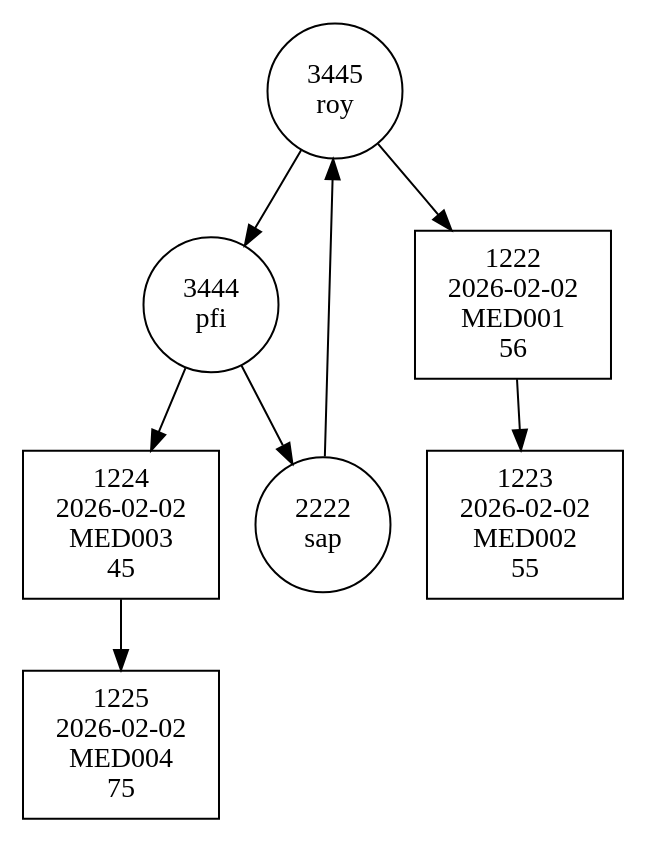
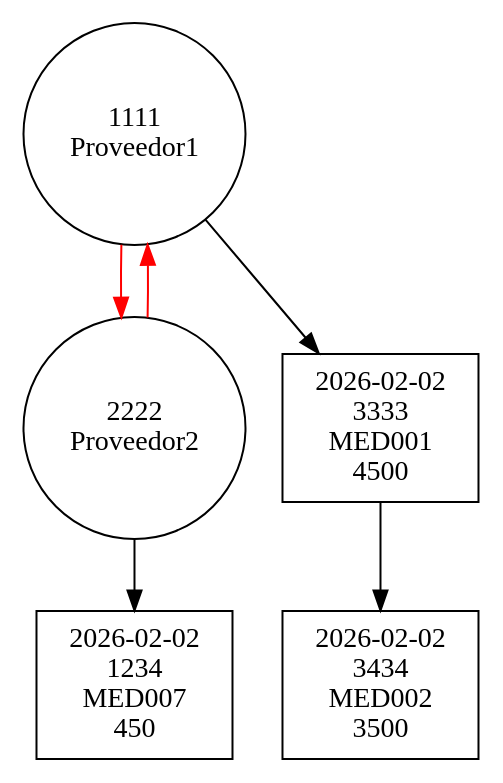
Before and after one commit to RONY36606/EDD_1S2026_PY_-202307793_FASE1-2-3: the diagram in graficos/listaCircularSimple.dot, drawn with Graphviz. The commit also changed 14 other files, not shown here.

```diff
--- a/graficos/listaCircularSimple.dot
+++ b/graficos/listaCircularSimple.dot
@@ -1,151 +1,115 @@
 digraph test {
 
-	graph [bb="0,0,255,390.81",
+	graph [bb="0,0,207.83,367.32",
 
 		ratio=fill
 
 	];
 
 	node [label="\N"];
 
 	node1	[color=black,
 
 		fillcolor=white,
 
 		fontcolor=black,
 
-		height=0.8446,
+		height=1.537,
 
-		label="3445\nroy",
+		label="1111\nProveedor1",
 
-		pos="132.5,360.41",
+		pos="55.331,311.99",
 
 		shape=circle,
 
 		style=filled,
 
-		width=0.8446];
+		width=1.537];
 
 	node2	[color=black,
 
 		fillcolor=white,
 
 		fontcolor=black,
 
-		height=0.8446,
+		height=1.537,
 
-		label="3444\npfi",
+		label="2222\nProveedor2",
 
-		pos="74.5,257",
+		pos="55.331,165.33",
 
 		shape=circle,
 
 		style=filled,
 
-		width=0.8446];
+		width=1.537];
 
-	node1 -> node2	[pos="e,89.259,283.8 117.71,333.55 110.76,321.4 102.36,306.71 94.818,293.52"];
+	node1 -> node2	[color=red,
+
+		pos="e,48.775,220.43 48.772,256.71 48.596,248.56 48.542,240.07 48.609,231.71"];
 
 	node3	[color=black,
 
 		fillcolor=white,
 
 		fontcolor=black,
 
 		height=1.0278,
 
-		label="1222\n2026-02-02\nMED001\n56",
+		label="2026-02-02\n3333\nMED001\n4500",
 
-		pos="210.5,257",
+		pos="168.33,165.33",
 
 		shape=box,
 
 		style=filled,
 
 		width=1.0972];
 
-	node1 -> node3	[pos="e,182.55,294.33 150.79,335.63 158.25,325.93 167.14,314.38 175.74,303.19"];
+	node1 -> node3	[pos="e,140.01,202.59 88.929,267.98 102.91,250.09 119.13,229.31 133.26,211.23"];
+
+	node2 -> node1	[color=red,
+
+		pos="e,61.891,256.71 61.887,220.43 62.064,228.59 62.12,237.07 62.055,245.43"];
 
 	node5	[color=black,
 
 		fillcolor=white,
 
 		fontcolor=black,
 
-		height=0.8446,
-
-		label="2222\nsap",
-
-		pos="127.5,147",
-
-		shape=circle,
-
-		style=filled,
-
-		width=0.8446];
-
-	node2 -> node5	[pos="e,114.37,174.76 87.601,229.3 94.163,215.93 102.21,199.53 109.36,184.97"];
-
-	node6	[color=black,
-
-		fillcolor=white,
-
-		fontcolor=black,
-
 		height=1.0278,
 
-		label="1224\n2026-02-02\nMED003\n45",
+		label="2026-02-02\n1234\nMED007\n450",
 
-		pos="39.5,147",
+		pos="55.331,37",
 
 		shape=box,
 
 		style=filled,
 
 		width=1.0972];
 
-	node2 -> node6	[pos="e,51.273,184.33 65.304,227.62 62.084,217.69 58.375,206.24 54.792,195.19"];
+	node2 -> node5	[pos="e,55.331,74.172 55.331,109.66 55.331,101.59 55.331,93.338 55.331,85.436"];
 
 	node4	[color=black,
 
 		fillcolor=white,
 
 		fontcolor=black,
 
 		height=1.0278,
 
-		label="1223\n2026-02-02\nMED002\n55",
+		label="2026-02-02\n3434\nMED002\n3500",
 
-		pos="215.5,147",
+		pos="168.33,37",
 
 		shape=box,
 
 		style=filled,
 
 		width=1.0972];
 
-	node3 -> node4	[pos="e,213.82,184.35 212.18,219.74 212.54,211.99 212.92,203.7 213.3,195.6"];
-
-	node5 -> node1	[pos="e,131.79,329.56 128.2,177.69 129.07,214.37 130.55,276.97 131.53,318.26"];
-
-	node7	[color=black,
-
-		fillcolor=white,
-
-		fontcolor=black,
-
-		height=1.0278,
-
-		label="1225\n2026-02-02\nMED004\n75",
-
-		pos="39.5,37",
-
-		shape=box,
-
-		style=filled,
-
-		width=1.0972];
-
-	node6 -> node7	[pos="e,39.5,74.351 39.5,109.74 39.5,101.99 39.5,93.695 39.5,85.595"];
+	node3 -> node4	[pos="e,168.33,74.207 168.33,128.13 168.33,114.91 168.33,99.761 168.33,85.697"];
 
 }
```
